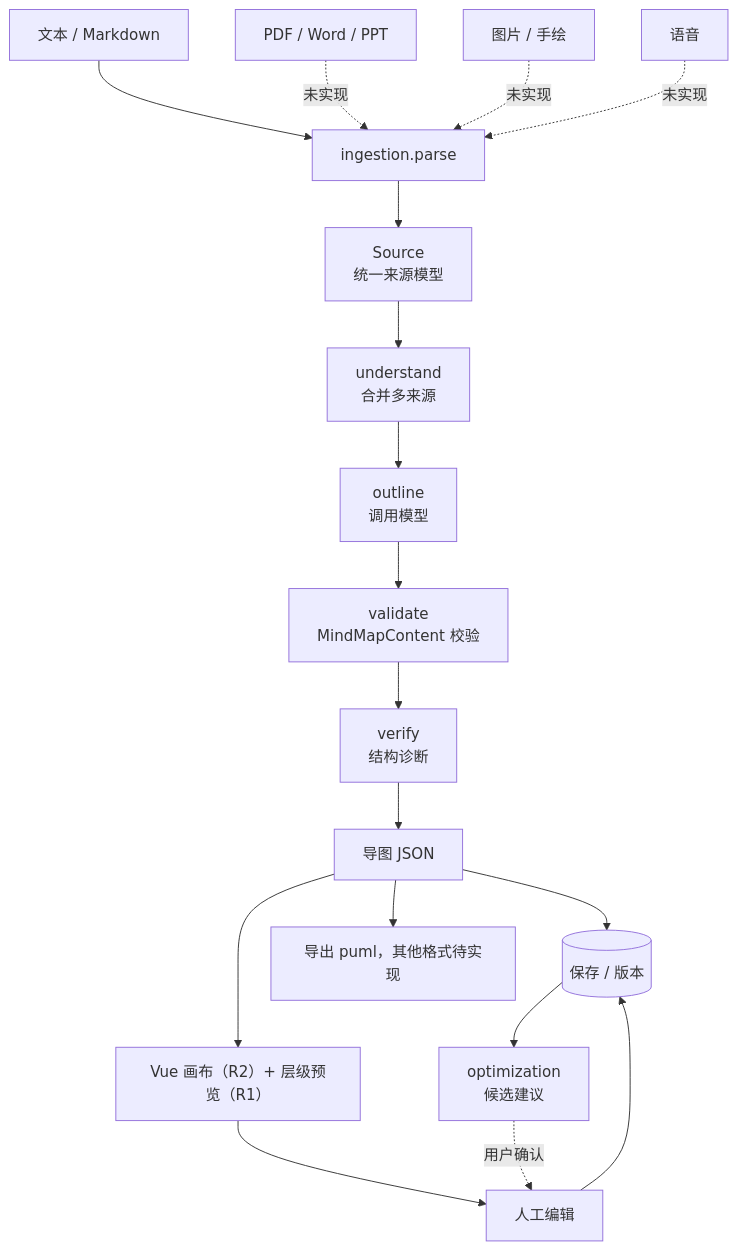
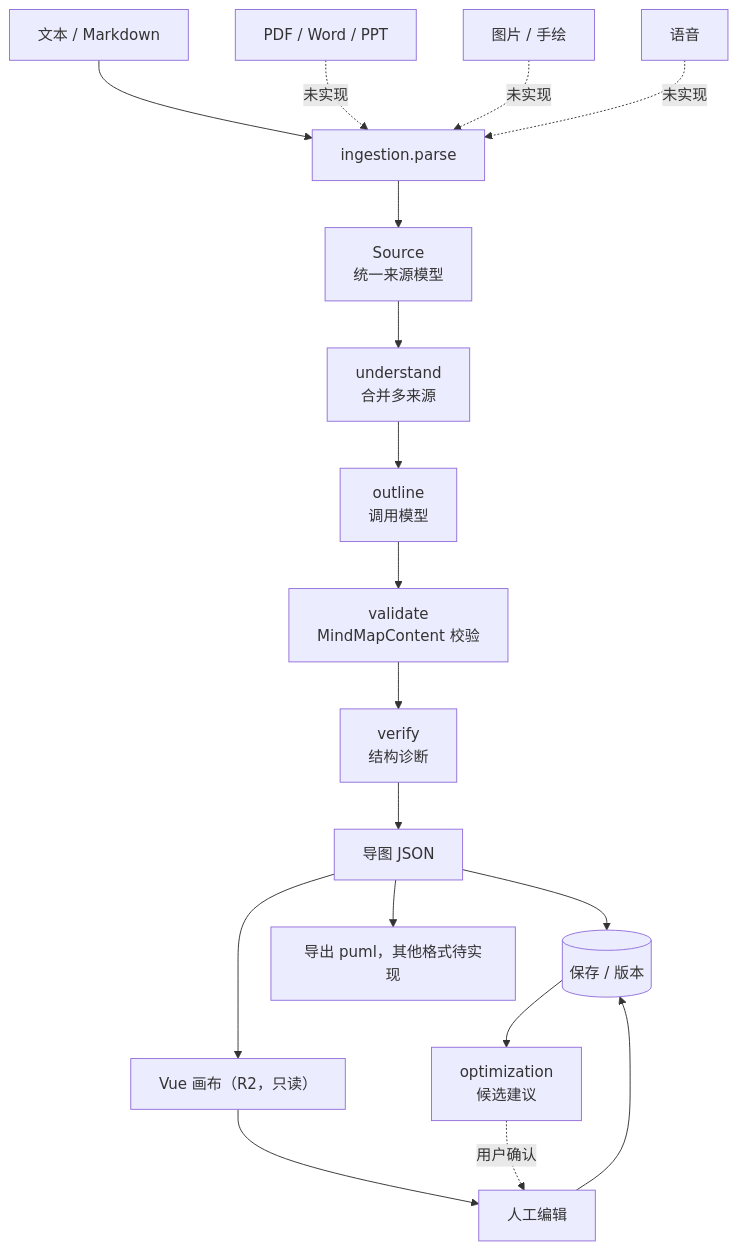
The diagram in docs/FLOW.md (RPeGio/genai-mindmap), drawn with Mermaid before and after one commit. The commit also changed other lines of this file and 8 other files, not shown here.

````diff
--- a/docs/FLOW.md
+++ b/docs/FLOW.md
@@ -7,22 +7,22 @@
 ```mermaid
 flowchart TD
   A1[文本 / Markdown] --> S[ingestion.parse]
   A2[PDF / Word / PPT] -.未实现.-> S
   A3[图片 / 手绘] -.未实现.-> S
   A4[语音] -.未实现.-> S
 
   S --> SRC[Source<br/>统一来源模型]
   SRC --> U[understand<br/>合并多来源]
   U --> O[outline<br/>调用模型]
   O --> V[validate<br/>MindMapContent 校验]
   V --> R[verify<br/>结构诊断]
   R --> MAP[导图 JSON]
 
   MAP --> SAVE[(保存 / 版本)]
-  MAP --> CANVAS[Vue 画布（R2）+ 层级预览（R1）]
+  MAP --> CANVAS[Vue 画布（R2，只读）]
   CANVAS --> EDIT[人工编辑]
   EDIT --> SAVE
   MAP --> EXP[导出 puml，其他格式待实现]
   SAVE --> SUG[optimization<br/>候选建议]
   SUG -.用户确认.-> EDIT
 ```
````
